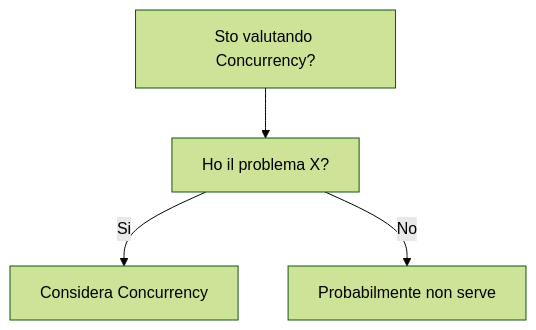
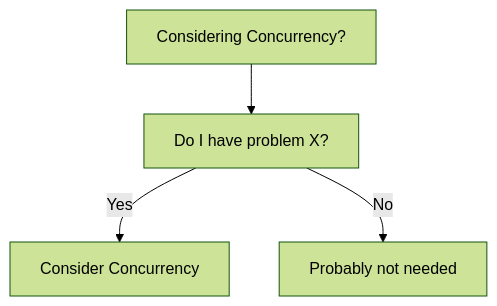
The diagram in dev-wiki/14_Languages/Java/Concurrency/When_To_Use.md (HxT9/Software-Dev-Wiki), drawn with Mermaid (forest theme) before and after one commit. The commit also changed other lines of this file and 3444 other files, not shown here.

````diff
--- a/dev-wiki/14_Languages/Java/Concurrency/When_To_Use.md
+++ b/dev-wiki/14_Languages/Java/Concurrency/When_To_Use.md
@@ -19,6 +19,6 @@
 ```mermaid
 flowchart TD
-  Q[Sto valutando Concurrency?] --> Q1[Ho il problema X?]
-  Q1 -->|Si| OK[Considera Concurrency]
-  Q1 -->|No| NO[Probabilmente non serve]
+  Q[Considering Concurrency?] --> Q1[Do I have problem X?]
+  Q1 -->|Yes| OK[Consider Concurrency]
+  Q1 -->|No| NO[Probably not needed]
 ```
````
